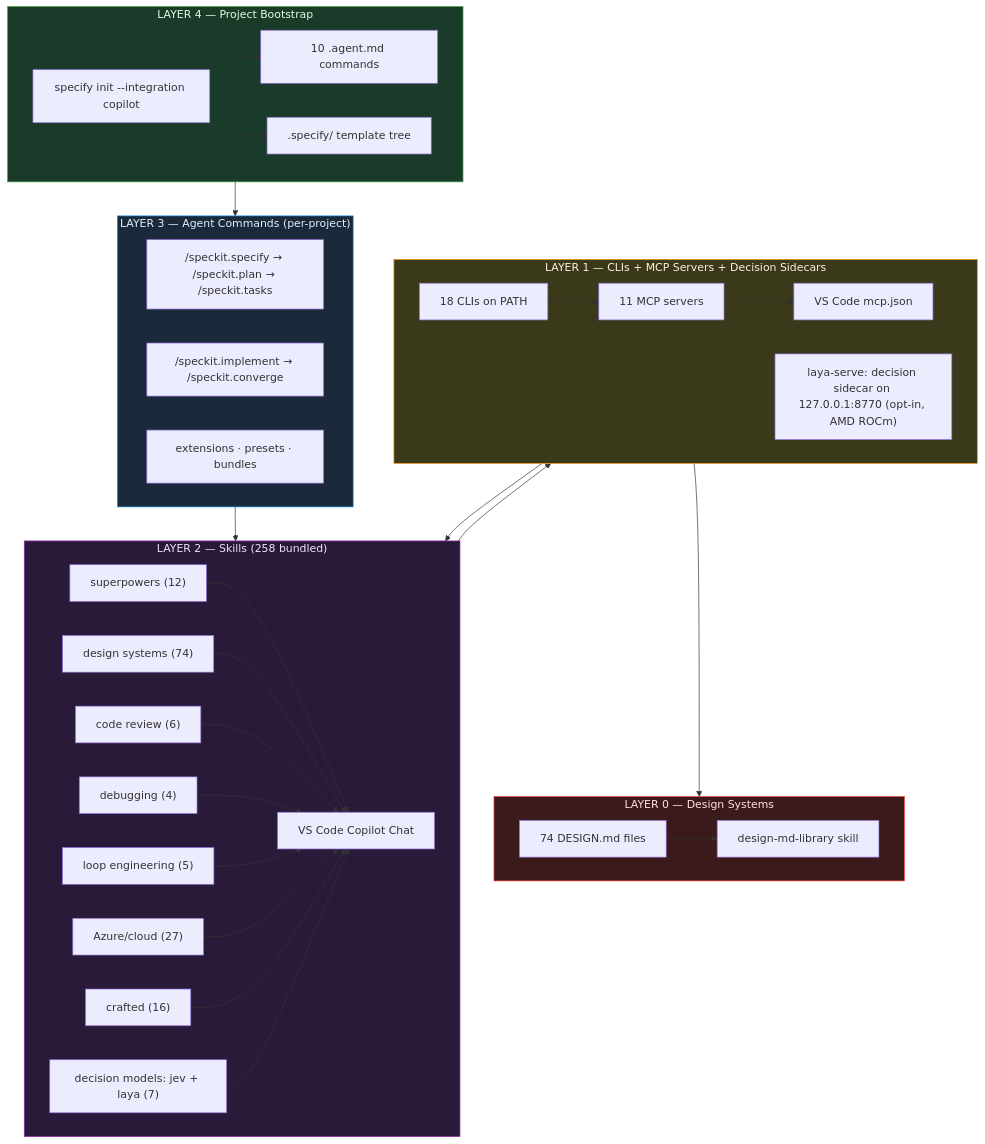
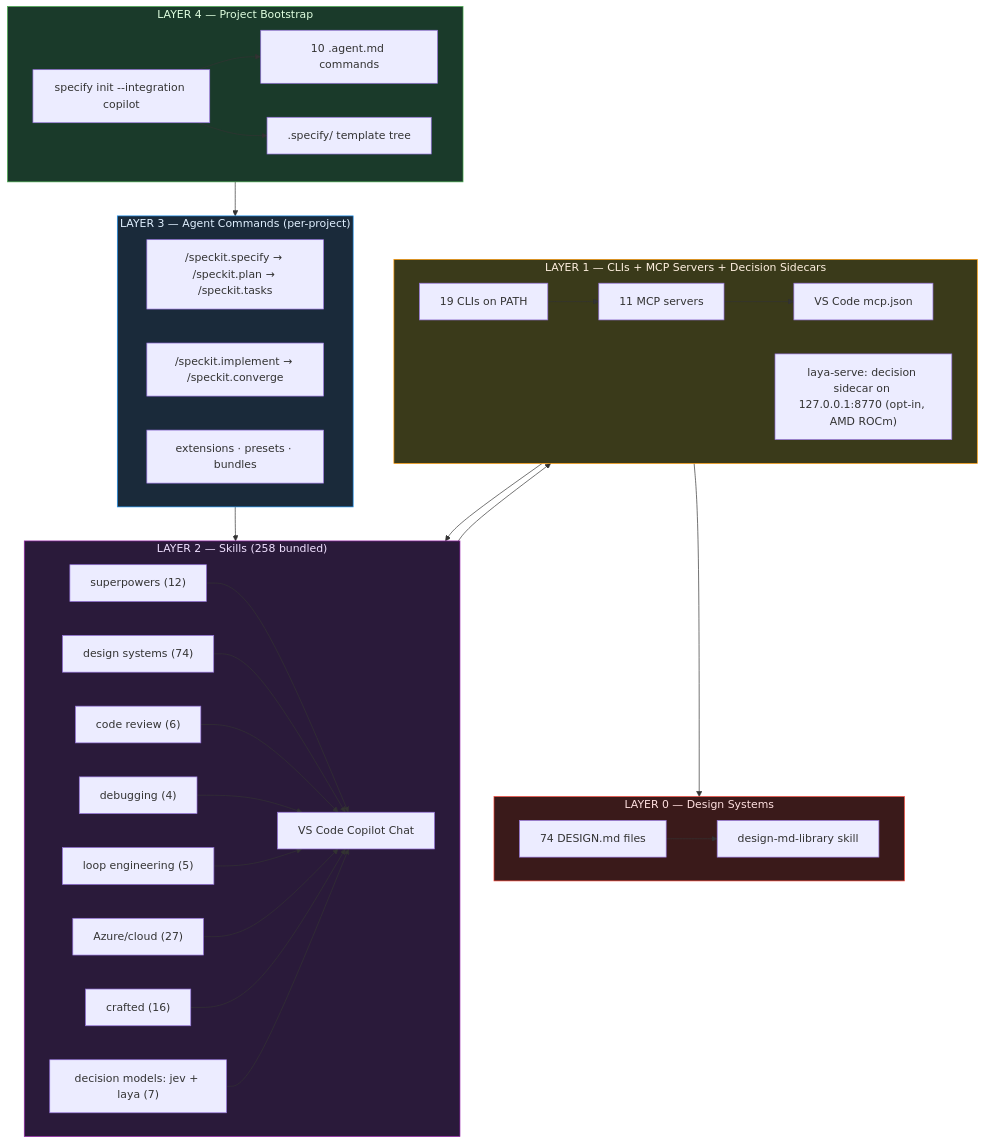
The diagram in README.md (JZKK720/cubecloud-skills-bundle-kit), drawn with Mermaid before and after one commit. The commit also changed other lines of this file and 3 other files, not shown here.

````diff
--- a/README.md
+++ b/README.md
@@ -35,50 +35,50 @@
 ```mermaid
 graph TB
     subgraph L4["LAYER 4 — Project Bootstrap"]
         SPEC["specify init --integration copilot"]
         AGENTS["10 .agent.md commands"]
         TEMPLATES[".specify/ template tree"]
         SPEC --> AGENTS
         SPEC --> TEMPLATES
     end
 
     subgraph L3["LAYER 3 — Agent Commands (per-project)"]
         SD["/speckit.specify → /speckit.plan → /speckit.tasks"]
         IM["/speckit.implement → /speckit.converge"]
         EXT["extensions · presets · bundles"]
     end
 
     subgraph L2["LAYER 2 — Skills (258 bundled)"]
         direction LR
         METH["superpowers (12)"] --> COPILOT["VS Code Copilot Chat"]
         DSN["design systems (74)"] --> COPILOT
         REV["code review (6)"] --> COPILOT
         DBG["debugging (4)"] --> COPILOT
         LOOP["loop engineering (5)"] --> COPILOT
         AZURE["Azure/cloud (27)"] --> COPILOT
         CRAFT["crafted (16)"] --> COPILOT
         DEC["decision models: jev + laya (7)"] --> COPILOT
     end
 
     subgraph L1["LAYER 1 — CLIs + MCP Servers + Decision Sidecars"]
         direction LR
-        CLI["18 CLIs on PATH"] --> MCP["11 MCP servers"]
+        CLI["19 CLIs on PATH"] --> MCP["11 MCP servers"]
         MCP --> VSCODE["VS Code mcp.json"]
         SC["laya-serve: decision sidecar on 127.0.0.1:8770 (opt-in, AMD ROCm)"] --> COPILOT
     end
 
     subgraph L0["LAYER 0 — Design Systems"]
         D74["74 DESIGN.md files"] --> LIB["design-md-library skill"]
     end
 
     L4 --> L3
     L3 --> L2
     L2 --> L1
     L1 --> L0
 
     style L4 fill:#1a3a2a,stroke:#4caf50,color:#e0ffe0
     style L3 fill:#1a2a3a,stroke:#2196f3,color:#e0f0ff
     style L2 fill:#2a1a3a,stroke:#9c27b0,color:#f0e0ff
     style L1 fill:#3a3a1a,stroke:#ff9800,color:#fff0e0
     style L0 fill:#3a1a1a,stroke:#f44336,color:#ffe0e0
 ```
````
